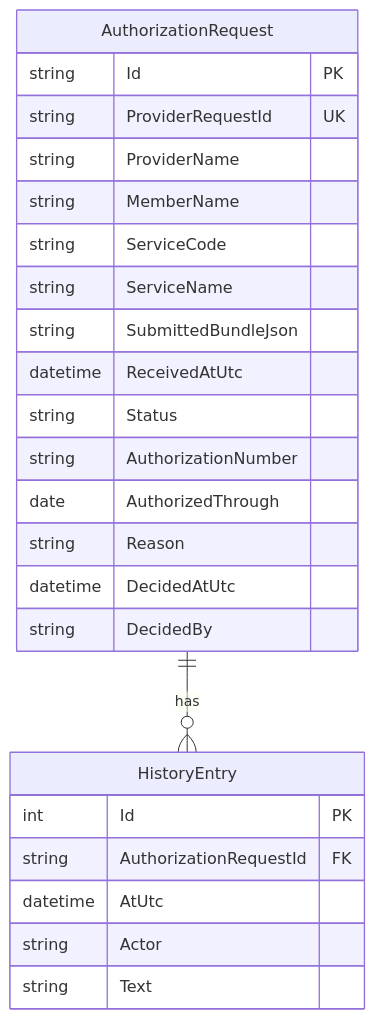
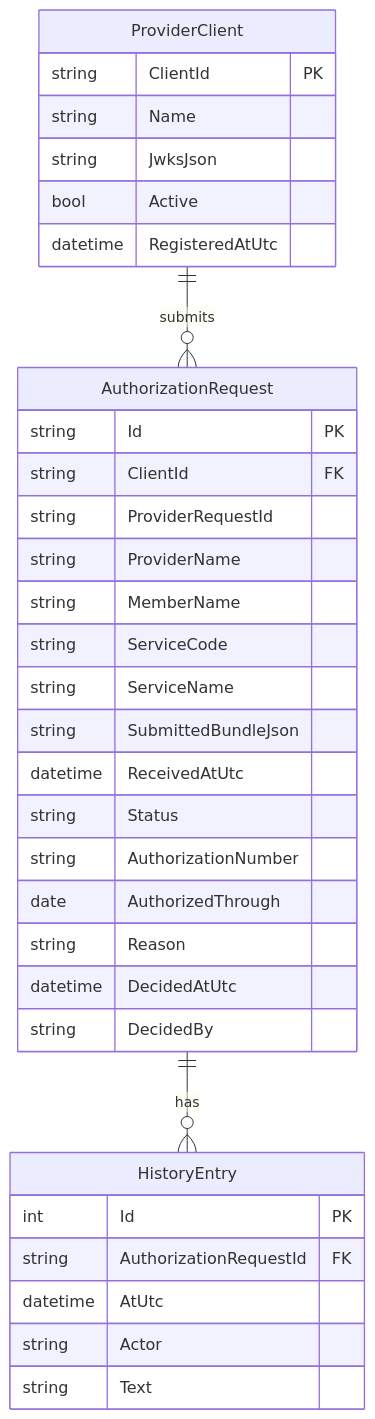
The fourth of 4 diagrams in docs/02-how-it-works.md (tngo0508/prior-auth-api), drawn with Mermaid before and after one commit. The commit also changed other lines of this file and 24 other files, not shown here.

````diff
--- a/docs/02-how-it-works.md
+++ b/docs/02-how-it-works.md
@@ -100,27 +102,36 @@
 ```mermaid
 erDiagram
+    ProviderClient ||--o{ AuthorizationRequest : submits
     AuthorizationRequest ||--o{ HistoryEntry : has
+    ProviderClient {
+        string ClientId PK
+        string Name
+        string JwksJson
+        bool Active
+        datetime RegisteredAtUtc
+    }
     AuthorizationRequest {
         string Id PK
-        string ProviderRequestId UK
+        string ClientId FK
+        string ProviderRequestId
         string ProviderName
         string MemberName
         string ServiceCode
         string ServiceName
         string SubmittedBundleJson
         datetime ReceivedAtUtc
         string Status
         string AuthorizationNumber
         date AuthorizedThrough
         string Reason
         datetime DecidedAtUtc
         string DecidedBy
     }
     HistoryEntry {
         int Id PK
         string AuthorizationRequestId FK
         datetime AtUtc
         string Actor
         string Text
     }
 ```
````
